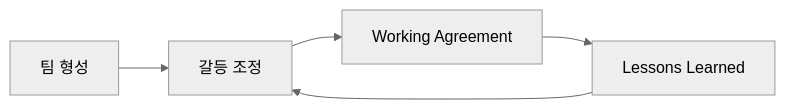
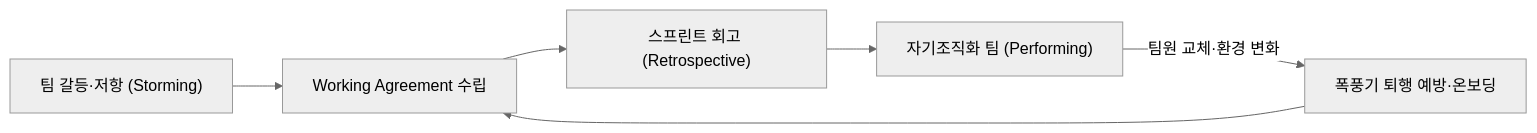
One commit to agnusdei1207/study changed the second of 3 diagrams in src/content/docs/notes/itpe/01-it-strategy/028_tuckman_team_development_model.md. Above: the diagram before and after it, drawn with Mermaid (neutral theme). The commit also changed other lines of this file and 19 other files, not shown here.

````diff
--- a/src/content/docs/notes/itpe/01-it-strategy/028_tuckman_team_development_model.md
+++ b/src/content/docs/notes/itpe/01-it-strategy/028_tuckman_team_development_model.md
@@ -103,7 +103,8 @@
 ```mermaid
 flowchart LR
-    s["팀 형성"] --> a["갈등 조정"]
-    a --> v["Working Agreement"]
-    v --> r["Lessons Learned"]
-    r --> a
+    Team["팀 갈등·저항 (Storming)"] --> Agree["Working Agreement 수립"]
+    Agree --> Retro["스프린트 회고 (Retrospective)"]
+    Retro --> SelfOrg["자기조직화 팀 (Performing)"]
+    SelfOrg -->|"팀원 교체·환경 변화"| Retreat["폭풍기 퇴행 예방·온보딩"]
+    Retreat --> Agree
 ```
````
